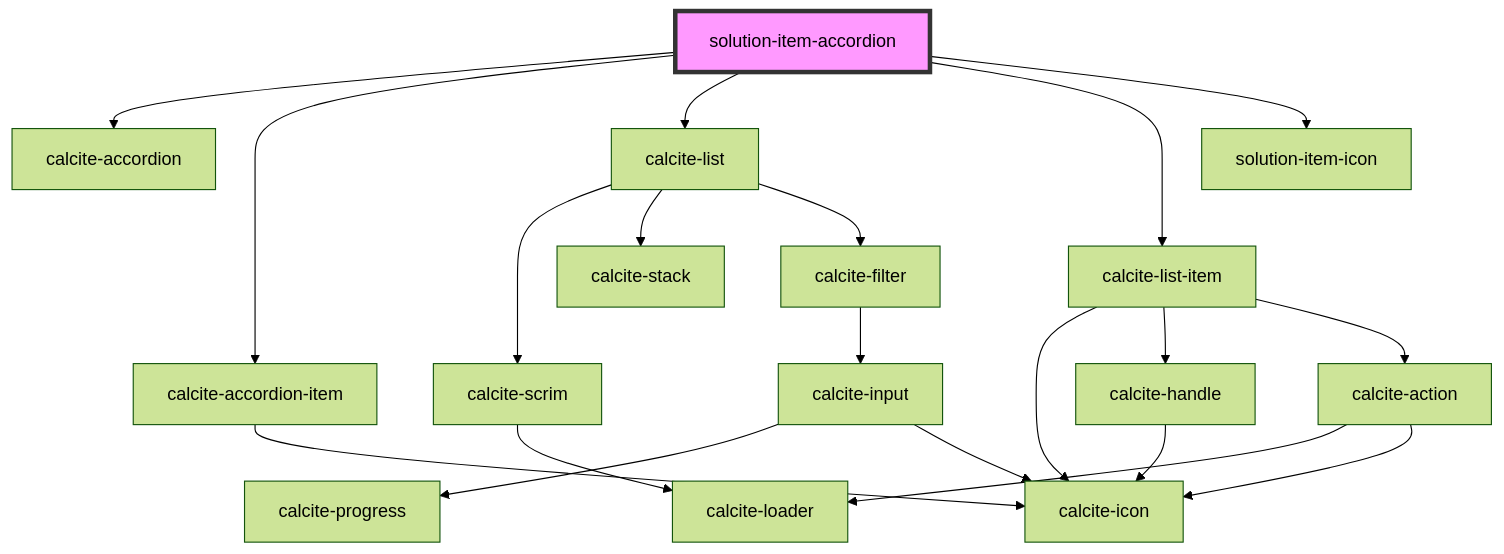
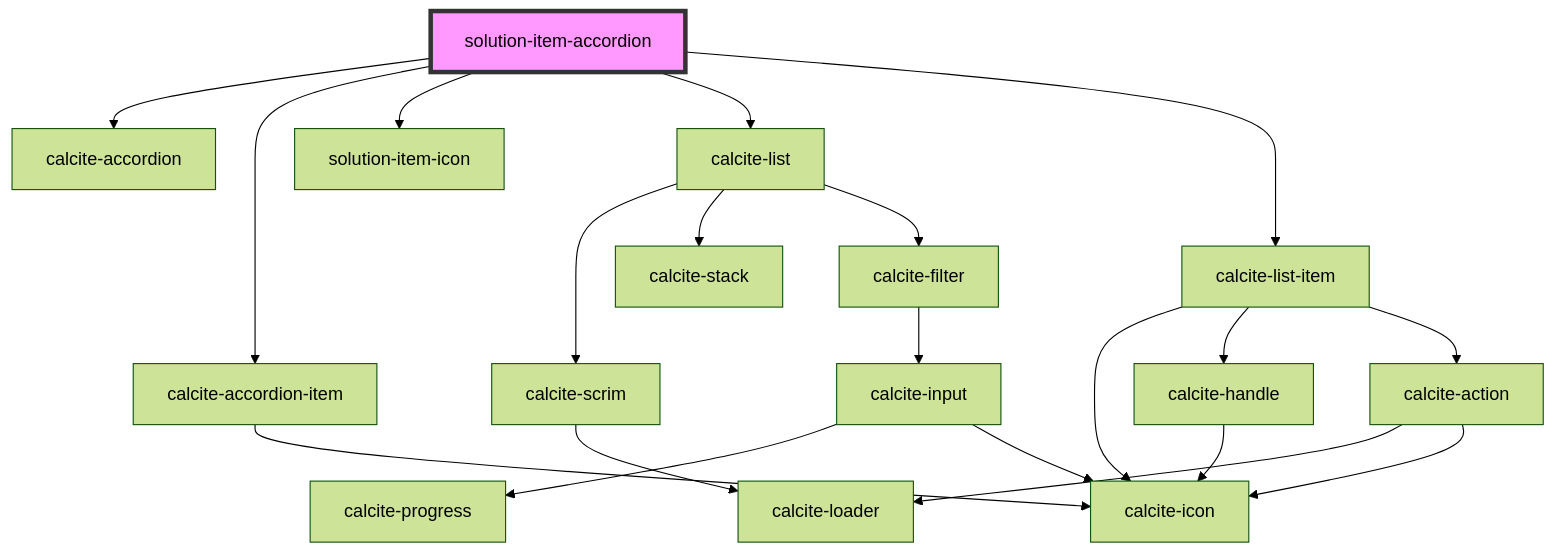
The diagram in src/components/solution-item-accordion/readme.md (Esri/solutions-components), drawn with Mermaid (forest theme) before and after one commit. The commit also changed other lines of this file and 2 other files, not shown here.

````diff
--- a/src/components/solution-item-accordion/readme.md
+++ b/src/components/solution-item-accordion/readme.md
@@ -26,23 +26,23 @@
 ```mermaid
 graph TD;
   solution-item-accordion --> calcite-accordion
   solution-item-accordion --> calcite-accordion-item
+  solution-item-accordion --> solution-item-icon
   solution-item-accordion --> calcite-list
   solution-item-accordion --> calcite-list-item
-  solution-item-accordion --> solution-item-icon
   calcite-accordion-item --> calcite-icon
   calcite-list --> calcite-scrim
   calcite-list --> calcite-stack
   calcite-list --> calcite-filter
   calcite-scrim --> calcite-loader
   calcite-filter --> calcite-input
   calcite-input --> calcite-progress
   calcite-input --> calcite-icon
   calcite-list-item --> calcite-icon
   calcite-list-item --> calcite-handle
   calcite-list-item --> calcite-action
   calcite-handle --> calcite-icon
   calcite-action --> calcite-loader
   calcite-action --> calcite-icon
   style solution-item-accordion fill:#f9f,stroke:#333,stroke-width:4px
 ```
````
